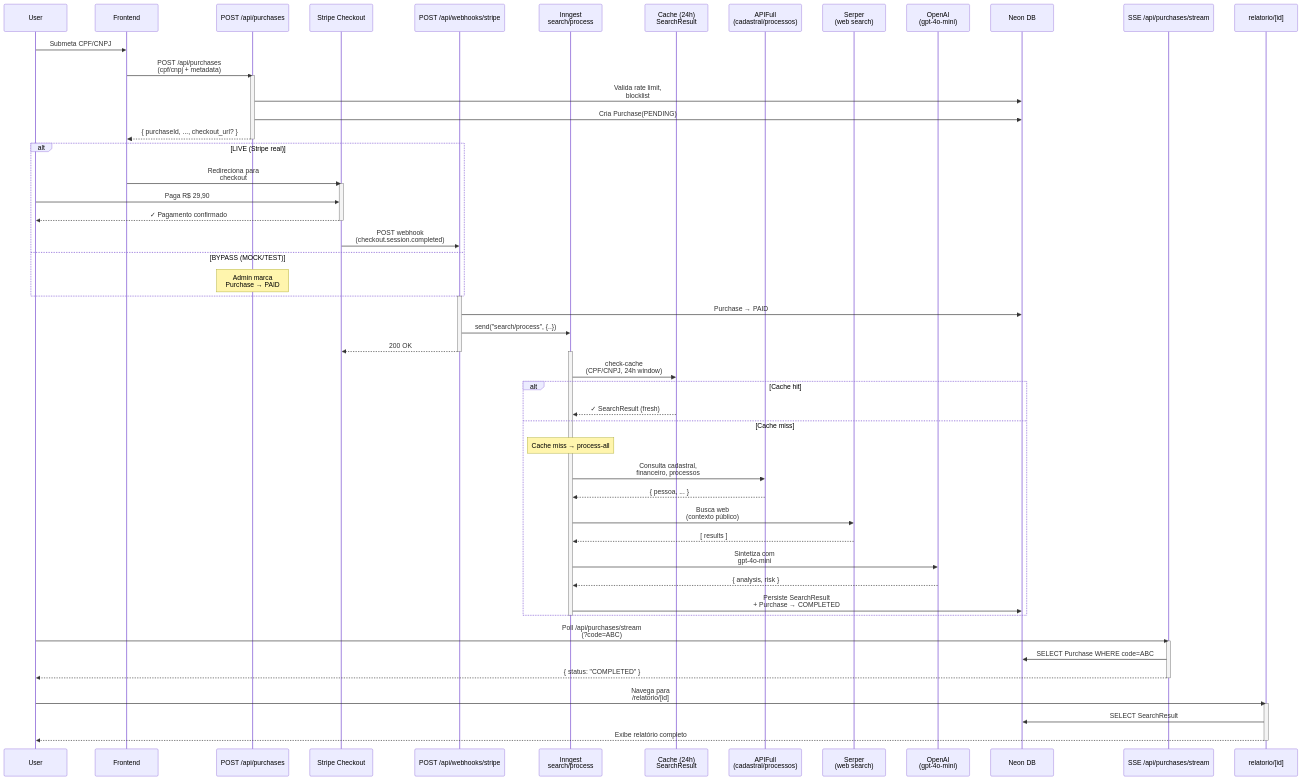
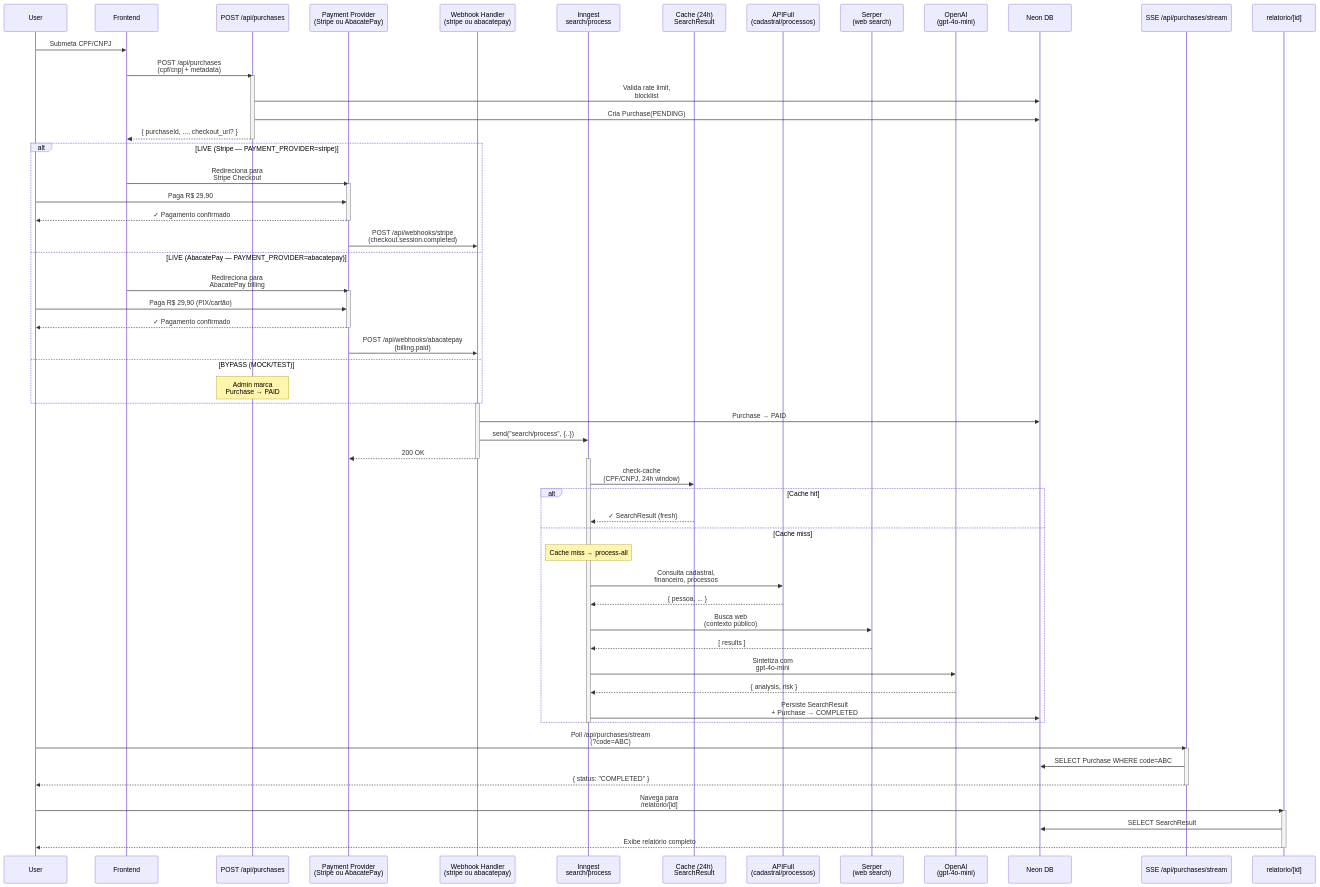
The first of 3 diagrams in docs/architecture.md (dvluana/eopix), drawn with Mermaid before and after one commit. The commit also changed other lines of this file and 6 other files, not shown here.

First line of the commit message:
docs: finalize AbacatePay dual-mode migration — docs, migration, archive

````diff
--- a/docs/architecture.md
+++ b/docs/architecture.md
@@ -29,69 +29,76 @@
 ```mermaid
 sequenceDiagram
     participant User as User
     participant Frontend as Frontend
     participant API as POST /api/purchases
-    participant Stripe as Stripe Checkout
-    participant Webhook as POST /api/webhooks/stripe
+    participant Payment as Payment Provider<br/>(Stripe ou AbacatePay)
+    participant Webhook as Webhook Handler<br/>(stripe ou abacatepay)
     participant Inngest as Inngest<br/>search/process
     participant Cache as Cache (24h)<br/>SearchResult
     participant APIFull as APIFull<br/>(cadastral/processos)
     participant Serper as Serper<br/>(web search)
     participant OpenAI as OpenAI<br/>(gpt-4o-mini)
     participant DB as Neon DB
     participant SSE as SSE /api/purchases/stream
     participant Relatorio as relatorio/[id]
 
     User->>Frontend: Submeta CPF/CNPJ
     Frontend->>API: POST /api/purchases<br/>(cpf/cnpj + metadata)
     activate API
     API->>DB: Valida rate limit,<br/>blocklist
     API->>DB: Cria Purchase(PENDING)
     API-->>Frontend: { purchaseId, ..., checkout_url? }
     deactivate API
 
-    alt LIVE (Stripe real)
-        Frontend->>Stripe: Redireciona para<br/>checkout
-        activate Stripe
-        User->>Stripe: Paga R$ 29,90
-        Stripe-->>User: ✓ Pagamento confirmado
-        deactivate Stripe
-        Stripe->>Webhook: POST webhook<br/>(checkout.session.completed)
+    alt LIVE (Stripe — PAYMENT_PROVIDER=stripe)
+        Frontend->>Payment: Redireciona para<br/>Stripe Checkout
+        activate Payment
+        User->>Payment: Paga R$ 29,90
+        Payment-->>User: ✓ Pagamento confirmado
+        deactivate Payment
+        Payment->>Webhook: POST /api/webhooks/stripe<br/>(checkout.session.completed)
+    else LIVE (AbacatePay — PAYMENT_PROVIDER=abacatepay)
+        Frontend->>Payment: Redireciona para<br/>AbacatePay billing
+        activate Payment
+        User->>Payment: Paga R$ 29,90 (PIX/cartão)
+        Payment-->>User: ✓ Pagamento confirmado
+        deactivate Payment
+        Payment->>Webhook: POST /api/webhooks/abacatepay<br/>(billing.paid)
     else BYPASS (MOCK/TEST)
         note over API: Admin marca<br/>Purchase → PAID
     end
 
     activate Webhook
     Webhook->>DB: Purchase → PAID
     Webhook->>Inngest: send("search/process", {..})
-    Webhook-->>Stripe: 200 OK
+    Webhook-->>Payment: 200 OK
     deactivate Webhook
 
     activate Inngest
     Inngest->>Cache: check-cache<br/>(CPF/CNPJ, 24h window)
     alt Cache hit
         Cache-->>Inngest: ✓ SearchResult (fresh)
     else Cache miss
         note over Inngest: Cache miss → process-all
         Inngest->>APIFull: Consulta cadastral,<br/>financeiro, processos
         APIFull-->>Inngest: { pessoa, ... }
         Inngest->>Serper: Busca web<br/>(contexto público)
         Serper-->>Inngest: [ results ]
         Inngest->>OpenAI: Sintetiza com<br/>gpt-4o-mini
         OpenAI-->>Inngest: { analysis, risk }
         Inngest->>DB: Persiste SearchResult<br/>+ Purchase → COMPLETED
     end
     deactivate Inngest
 
     User->>SSE: Poll /api/purchases/stream<br/>(?code=ABC)
     activate SSE
     SSE->>DB: SELECT Purchase WHERE code=ABC
     SSE-->>User: { status: "COMPLETED" }
     deactivate SSE
 
     User->>Relatorio: Navega para<br/>/relatorio/[id]
     activate Relatorio
     Relatorio->>DB: SELECT SearchResult
     Relatorio-->>User: Exibe relatório completo
     deactivate Relatorio
 ```
````
